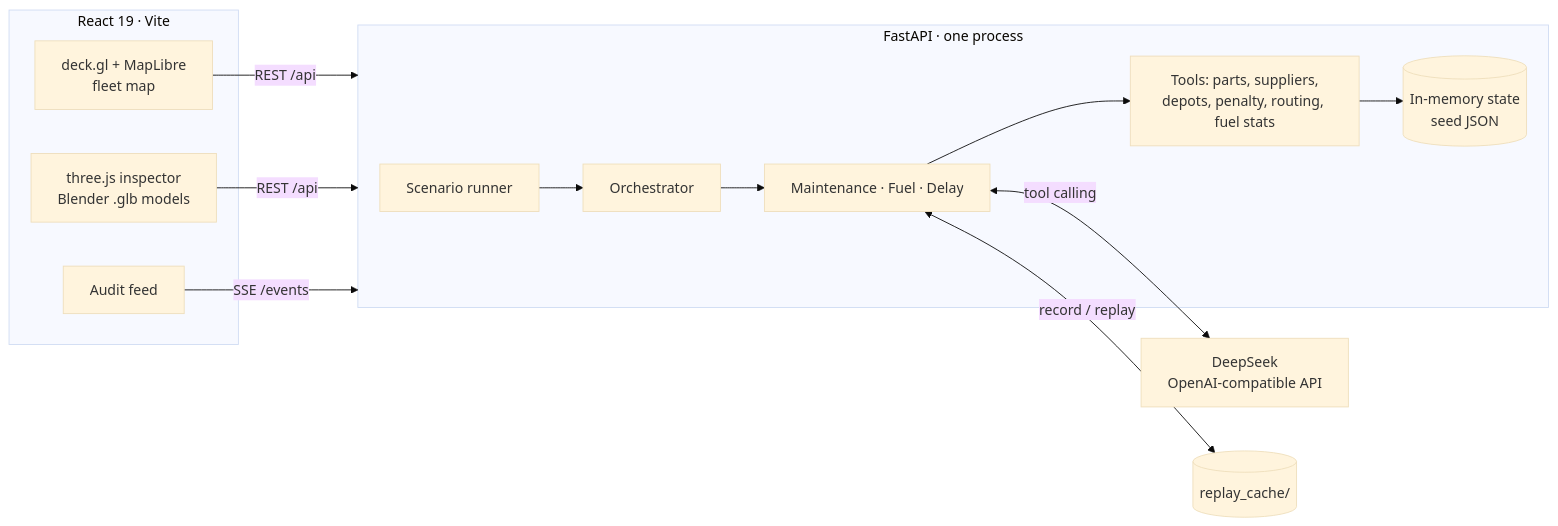
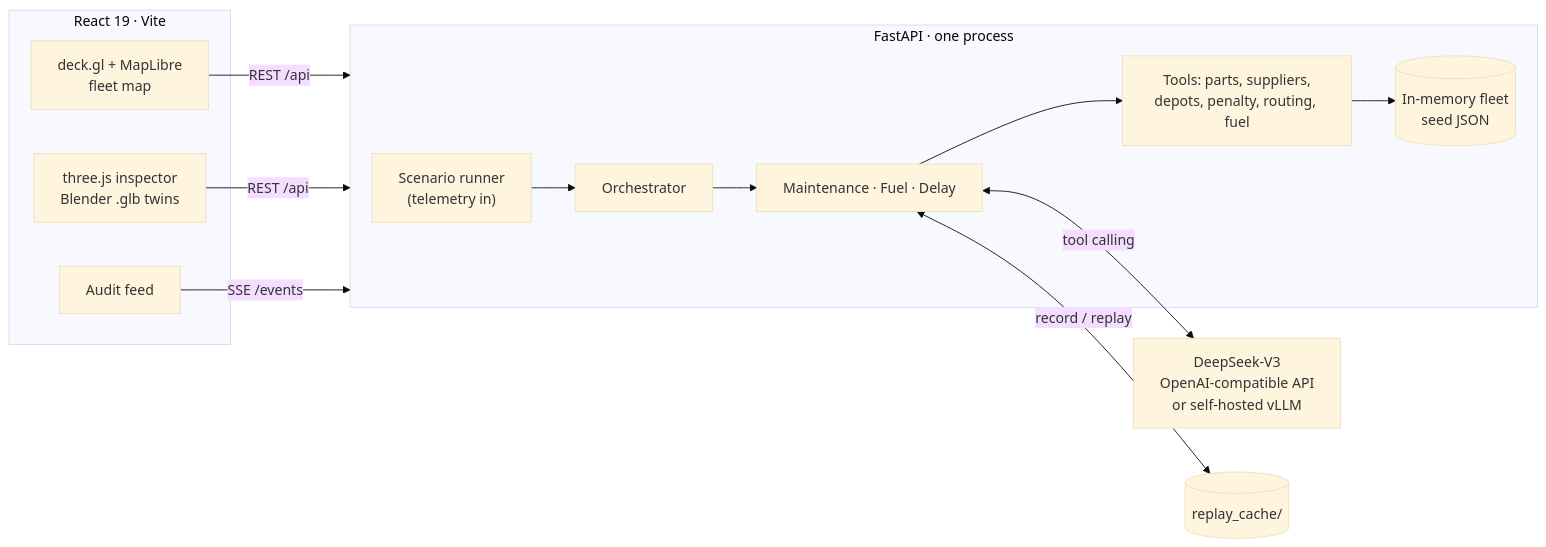
One commit to ikaymane/HACKTOBER changed the second of 2 diagrams in README.md. Above: the diagram before and after it, drawn with Mermaid (base theme). The commit also changed other lines of this file and 1 other file, not shown here.

Commit message:
docs(readme): structure around judging criteria, add open model, diagnosis, KPIs, tools, team

````diff
--- a/README.md
+++ b/README.md
@@ -173,22 +278,22 @@
 ```mermaid
 flowchart LR
     subgraph UI["React 19 · Vite"]
         MAP["deck.gl + MapLibre<br/>fleet map"]
-        INS["three.js inspector<br/>Blender .glb models"]
+        INS["three.js inspector<br/>Blender .glb twins"]
         FEED["Audit feed"]
     end
     subgraph API["FastAPI · one process"]
-        SIM["Scenario runner"]
+        SIM["Scenario runner<br/>(telemetry in)"]
         ORC["Orchestrator"]
         AG["Maintenance · Fuel · Delay"]
-        TOOLS["Tools: parts, suppliers,<br/>depots, penalty, routing, fuel stats"]
-        ST[("In-memory state<br/>seed JSON")]
+        TOOLS["Tools: parts, suppliers,<br/>depots, penalty, routing, fuel"]
+        ST[("In-memory fleet<br/>seed JSON")]
     end
-    LLM["DeepSeek<br/>OpenAI-compatible API"]
+    LLM["DeepSeek-V3<br/>OpenAI-compatible API<br/>or self-hosted vLLM"]
     RC[("replay_cache/")]
     MAP & INS -->|REST /api| API
     FEED -->|SSE /events| API
     SIM --> ORC --> AG --> TOOLS --> ST
     AG <-->|tool calling| LLM
     AG <-->|record / replay| RC
 ```
````
